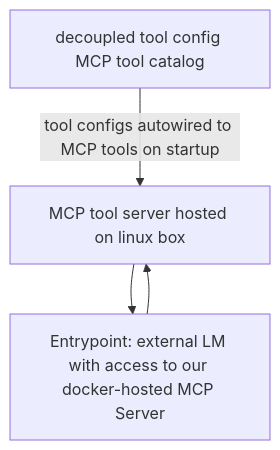
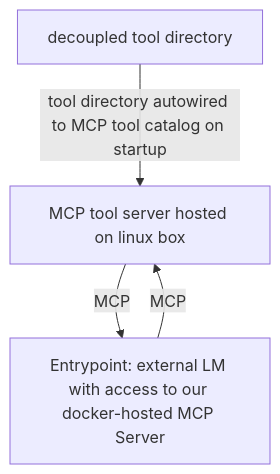
One commit to Mmeadows3/clai changed the diagram in README.md. Above: the diagram before and after it, drawn with Mermaid.

Commit message:
Update README with new tool directory terminology

````diff
--- a/README.md
+++ b/README.md
@@ -7,10 +7,10 @@
 ```mermaid
 flowchart TB
-  TOOLS["decoupled tool config MCP tool catalog"]
+  TOOLS["decoupled tool directory"]
   NIXCLI["MCP tool server hosted on linux box"]
   AGENT["Entrypoint: external LM with access to our docker-hosted MCP Server"]
 
-  AGENT --> NIXCLI
-  NIXCLI --> AGENT
-  TOOLS -->|tool configs autowired to MCP tools on startup| NIXCLI
+  AGENT -->|MCP| NIXCLI
+  NIXCLI -->|MCP| AGENT
+  TOOLS -->|tool directory autowired to MCP tool catalog on startup| NIXCLI
 ```
````
